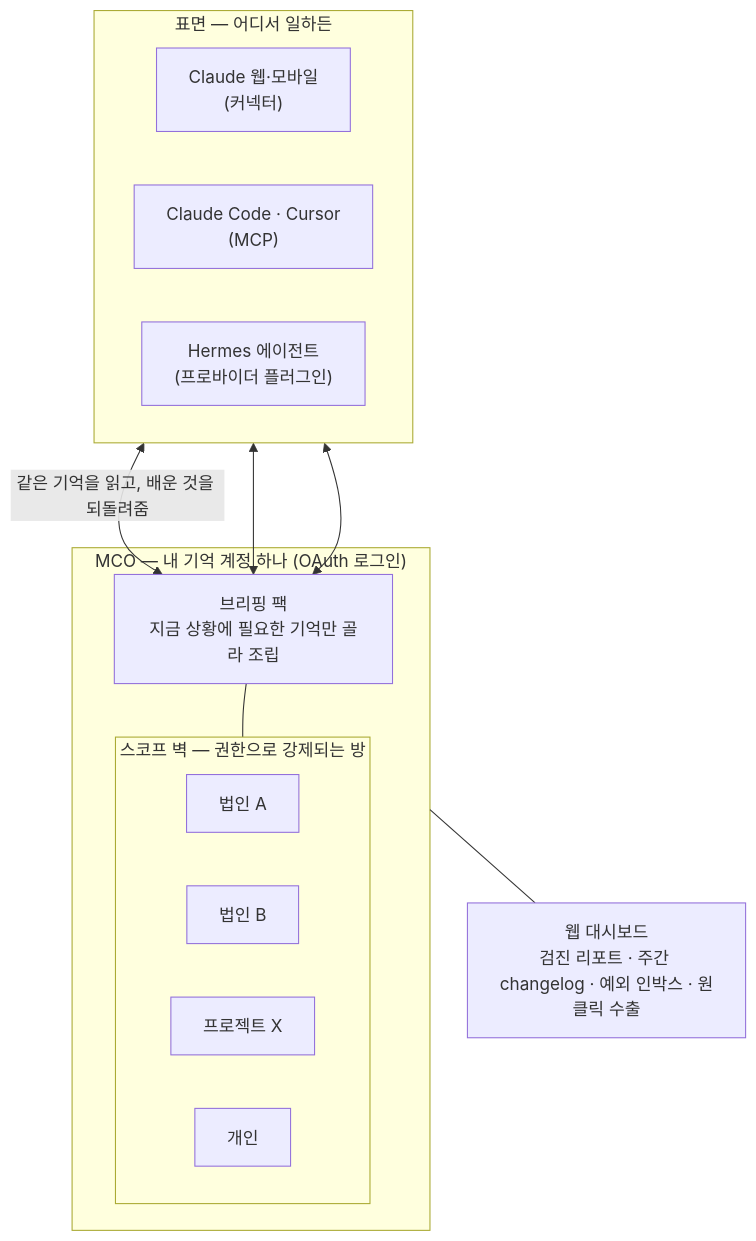
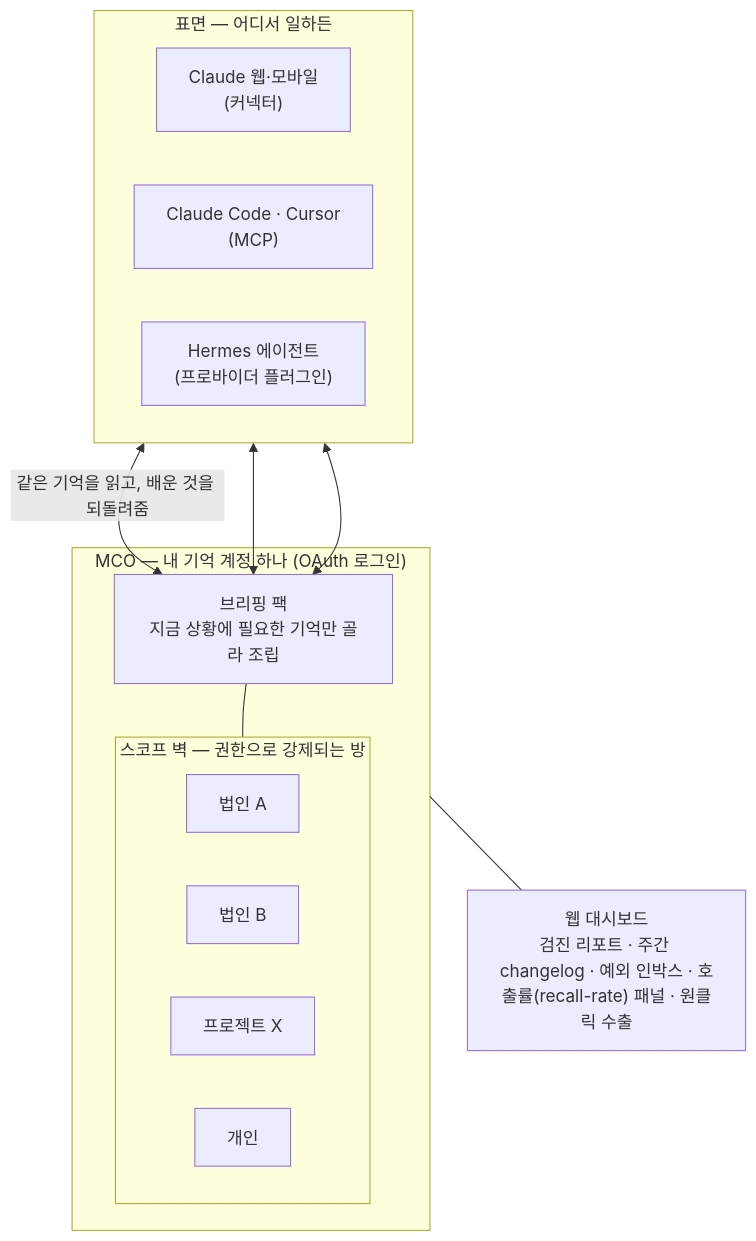
The first of 2 diagrams in Concept/MCO_시스템개요_v0_1.md (dipi0123/mco), drawn with Mermaid before and after one commit. The commit also changed other lines of this file and 8 other files, not shown here.

````diff
--- a/Concept/MCO_시스템개요_v0_1.md
+++ b/Concept/MCO_시스템개요_v0_1.md
@@ -21,25 +23,25 @@
 ```mermaid
 flowchart TB
     subgraph SURF["표면 — 어디서 일하든"]
         direction LR
         W["Claude 웹·모바일<br/>(커넥터)"]
         C["Claude Code · Cursor<br/>(MCP)"]
         H["Hermes 에이전트<br/>(프로바이더 플러그인)"]
     end
     subgraph MCO["MCO — 내 기억 계정 하나 (OAuth 로그인)"]
         BP["브리핑 팩<br/>지금 상황에 필요한 기억만 골라 조립"]
         subgraph WALL["스코프 벽 — 권한으로 강제되는 방"]
             direction LR
             R1["법인 A"]
             R2["법인 B"]
             R3["프로젝트 X"]
             R4["개인"]
         end
         BP --- WALL
     end
-    DASH["웹 대시보드<br/>검진 리포트 · 주간 changelog · 예외 인박스 · 원클릭 수출"]
+    DASH["웹 대시보드<br/>검진 리포트 · 주간 changelog · 예외 인박스 · 호출률(recall-rate) 패널 · 원클릭 수출"]
     W <-->|"같은 기억을 읽고, 배운 것을 되돌려줌"| BP
     C <--> BP
     H <--> BP
     MCO --- DASH
 ```
````
